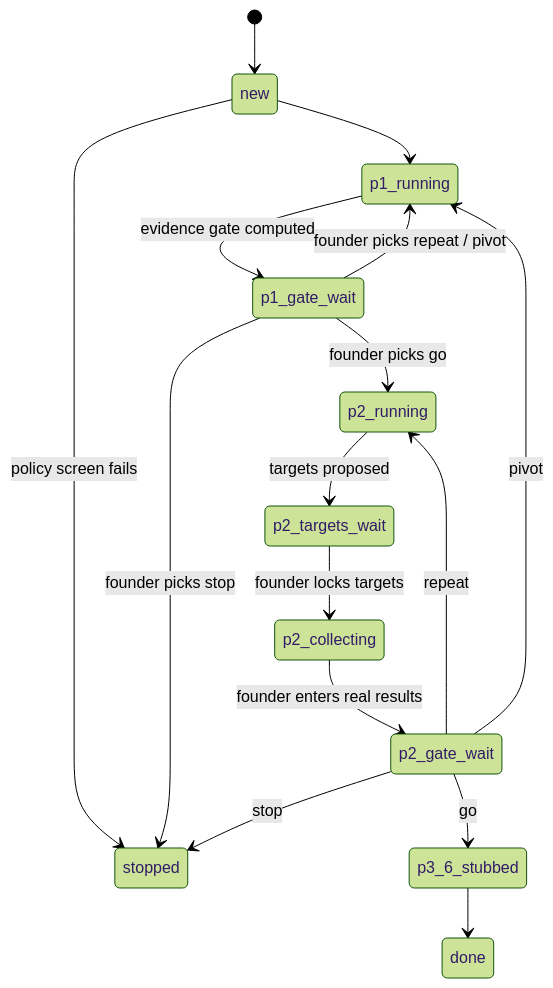
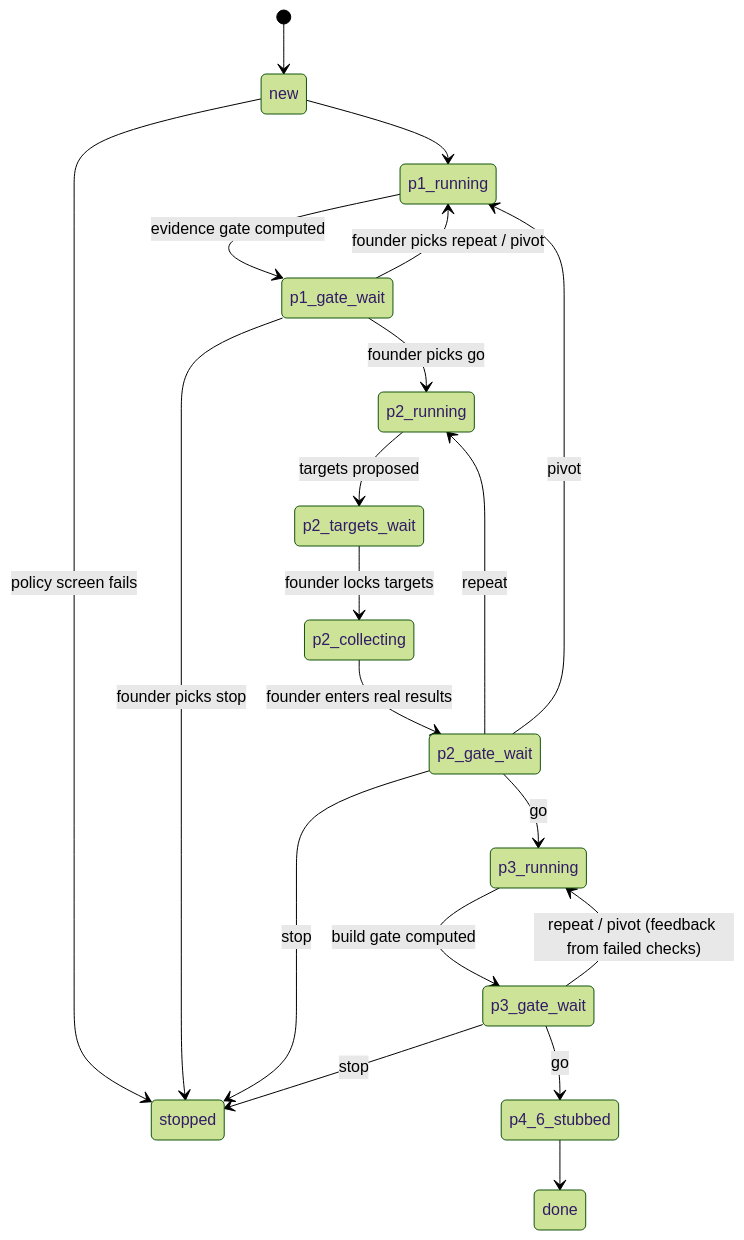
Before and after one commit to Elgahmy1/founder-agents: the second of 6 diagrams in ARCHITECTURE.md, drawn with Mermaid (forest theme). The commit also changed other lines of this file and 12 other files, not shown here.

First line of the commit message:
Phase 3 Build: MVP spec, clickable prototype, acceptance tests and build gate

````diff
--- a/ARCHITECTURE.md
+++ b/ARCHITECTURE.md
@@ -45,18 +47,22 @@
 ```mermaid
 stateDiagram-v2
     [*] --> new
     new --> stopped: policy screen fails
     new --> p1_running
     p1_running --> p1_gate_wait: evidence gate computed
     p1_gate_wait --> p1_running: founder picks repeat / pivot
     p1_gate_wait --> stopped: founder picks stop
     p1_gate_wait --> p2_running: founder picks go
     p2_running --> p2_targets_wait: targets proposed
     p2_targets_wait --> p2_collecting: founder locks targets
     p2_collecting --> p2_gate_wait: founder enters real results
     p2_gate_wait --> p2_running: repeat
     p2_gate_wait --> p1_running: pivot
     p2_gate_wait --> stopped: stop
-    p2_gate_wait --> p3_6_stubbed: go
-    p3_6_stubbed --> done
+    p2_gate_wait --> p3_running: go
+    p3_running --> p3_gate_wait: build gate computed
+    p3_gate_wait --> p3_running: repeat / pivot (feedback from failed checks)
+    p3_gate_wait --> stopped: stop
+    p3_gate_wait --> p4_6_stubbed: go
+    p4_6_stubbed --> done
 ```
````
